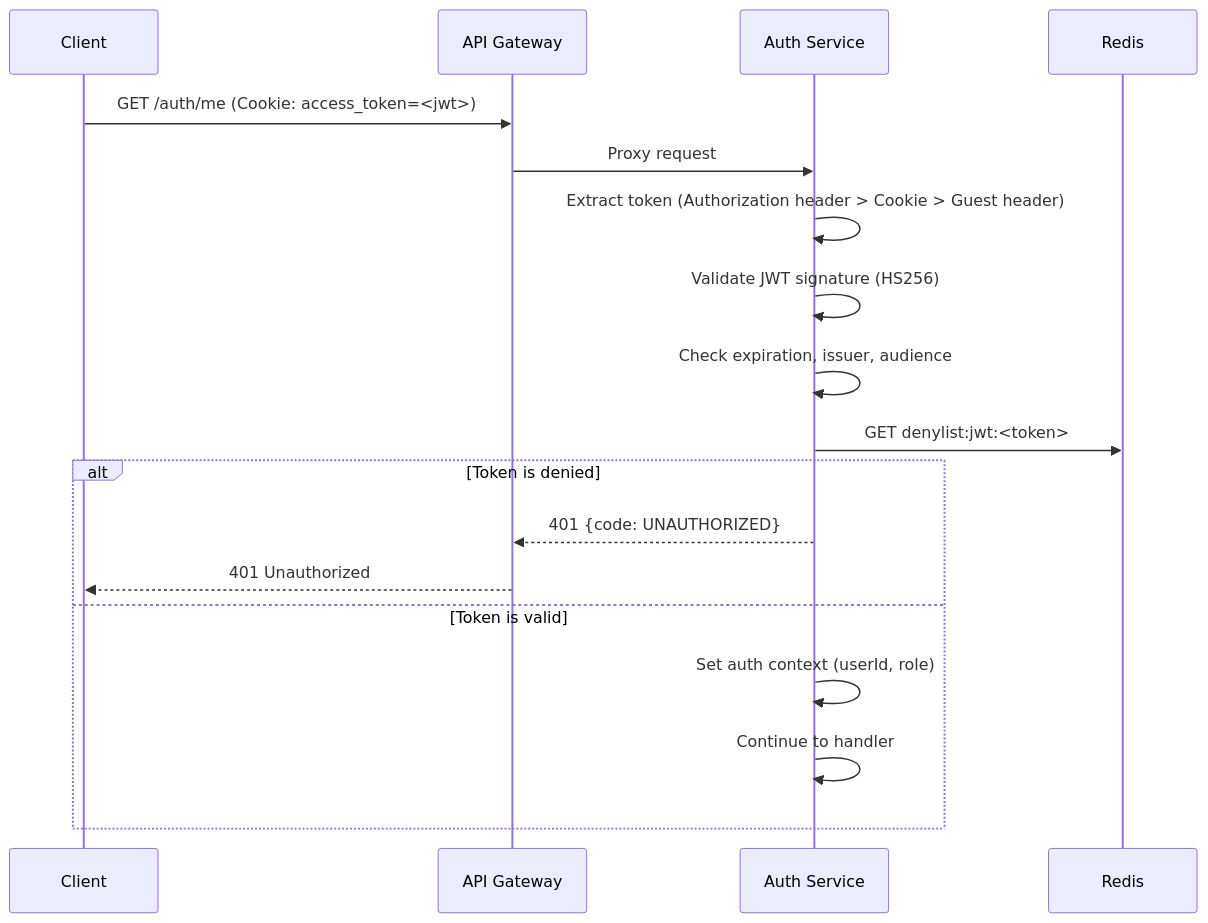
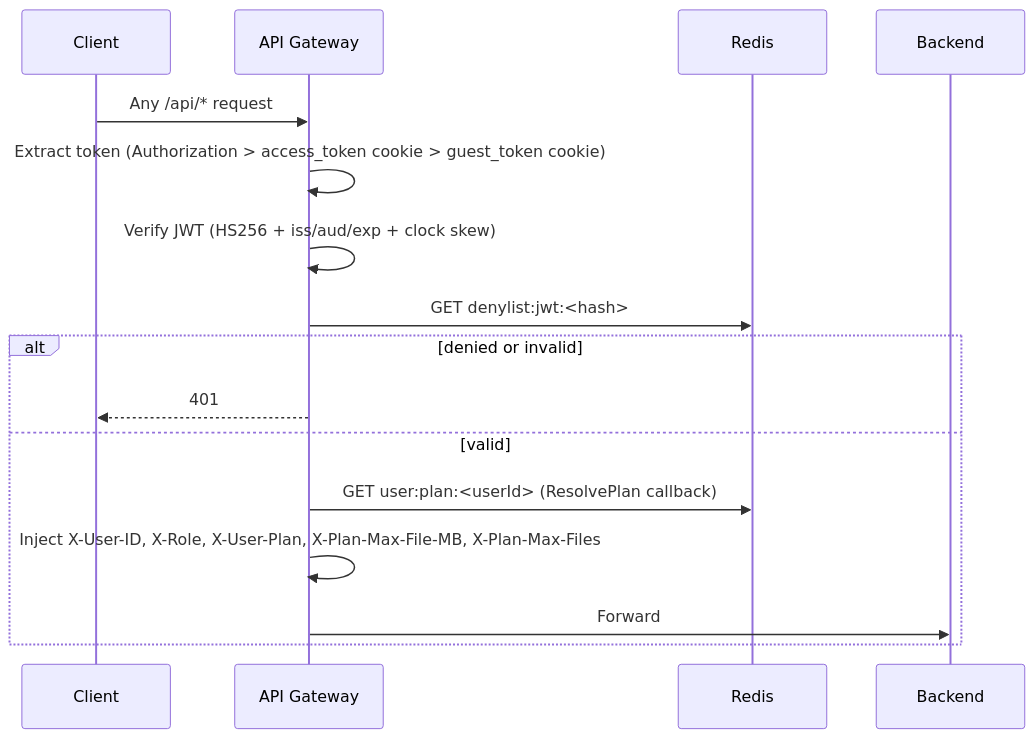
Before and after one commit to Prachidubey2003/fyredocs_backend: the fifth of 6 diagrams in docs/developer/services/AUTH_SERVICE.md, drawn with Mermaid. The commit also changed other lines of this file and 39 other files, not shown here.

Commit message:
Refactor PDF services to use NATS JetStream for job dispatch and event publishing; enhance documentation for OPTIMIZE_PDF and ORGANIZE_PDF services; remove deprecated UPLOAD_SERVICE documentation; update OpenAPI spec for improved clarity and accuracy.

````diff
--- a/docs/developer/services/AUTH_SERVICE.md
+++ b/docs/developer/services/AUTH_SERVICE.md
@@ -253,22 +309,18 @@
 ```mermaid
 sequenceDiagram
     participant C as Client
     participant GW as API Gateway
-    participant AS as Auth Service
     participant R as Redis
 
-    C->>GW: GET /auth/me (Cookie: access_token=<jwt>)
-    GW->>AS: Proxy request
-
-    AS->>AS: Extract token (Authorization header > Cookie > Guest header)
-    AS->>AS: Validate JWT signature (HS256)
-    AS->>AS: Check expiration, issuer, audience
-    AS->>R: GET denylist:jwt:<token>
-    alt Token is denied
-        AS-->>GW: 401 {code: UNAUTHORIZED}
-        GW-->>C: 401 Unauthorized
-    else Token is valid
-        AS->>AS: Set auth context (userId, role)
-        AS->>AS: Continue to handler
+    C->>GW: Any /api/* request
+    GW->>GW: Extract token (Authorization > access_token cookie > guest_token cookie)
+    GW->>GW: Verify JWT (HS256 + iss/aud/exp + clock skew)
+    GW->>R: GET denylist:jwt:<hash>
+    alt denied or invalid
+        GW-->>C: 401
+    else valid
+        GW->>R: GET user:plan:<userId>  (ResolvePlan callback)
+        GW->>GW: Inject X-User-ID, X-Role, X-User-Plan, X-Plan-Max-File-MB, X-Plan-Max-Files
+        GW->>Backend: Forward
     end
 ```
````
